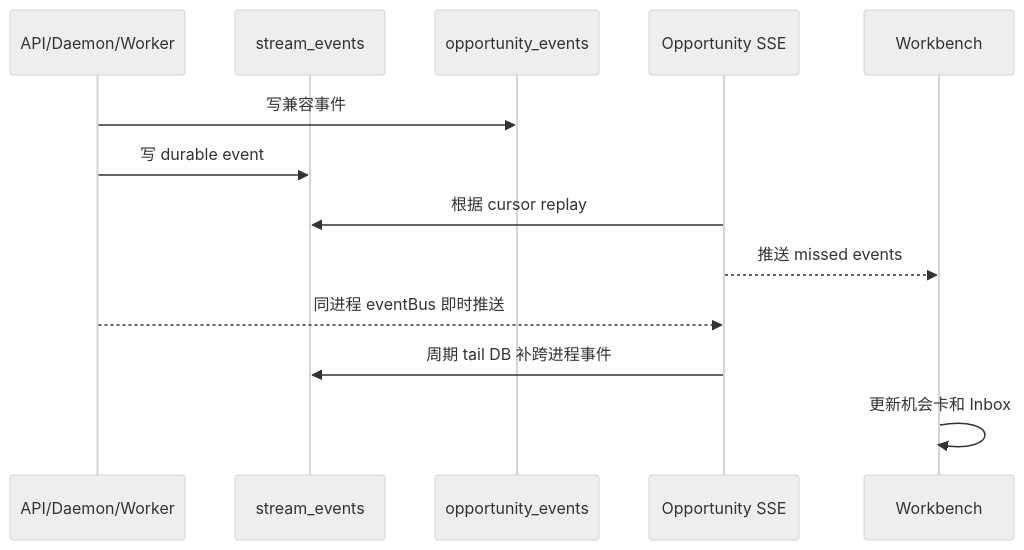
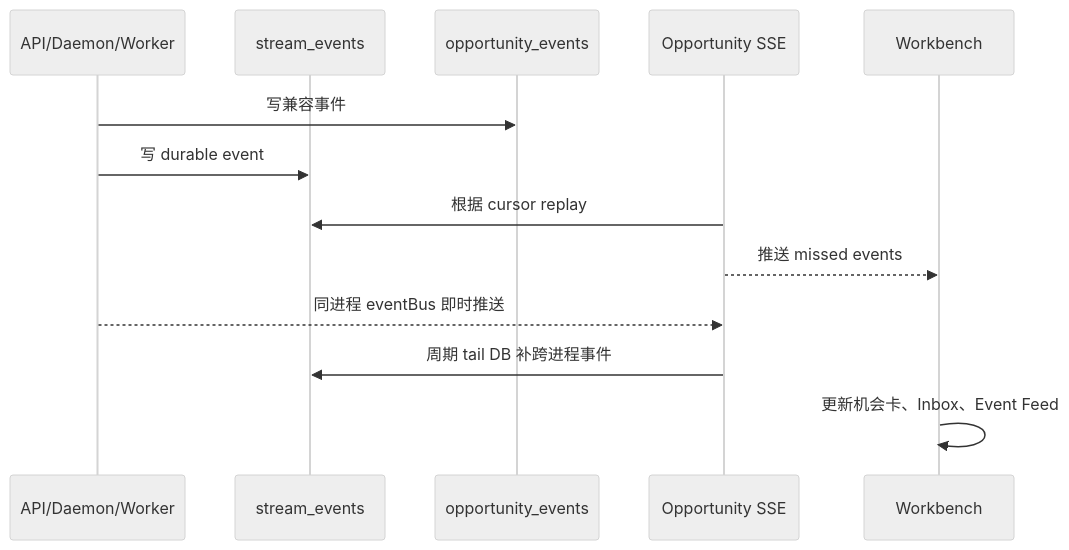
One commit to adidasNMD/AIAnalysisStock changed the fifth of 6 diagrams in README.md. Above: the diagram before and after it, drawn with Mermaid (neutral theme). The commit also changed other lines of this file and 64 other files, not shown here.

````diff
--- a/README.md
+++ b/README.md
@@ -356,16 +410,16 @@
 ```mermaid
 sequenceDiagram
   participant Writer as API/Daemon/Worker
   participant EventLog as stream_events
   participant Legacy as opportunity_events
   participant SSE as Opportunity SSE
   participant UI as Workbench
 
   Writer->>Legacy: 写兼容事件
   Writer->>EventLog: 写 durable event
   SSE->>EventLog: 根据 cursor replay
   SSE-->>UI: 推送 missed events
   Writer-->>SSE: 同进程 eventBus 即时推送
   SSE->>EventLog: 周期 tail DB 补跨进程事件
-  UI->>UI: 更新机会卡和 Inbox
+  UI->>UI: 更新机会卡、Inbox、Event Feed
 ```
````
